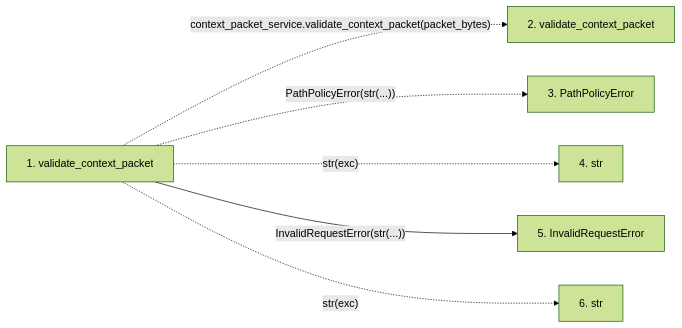
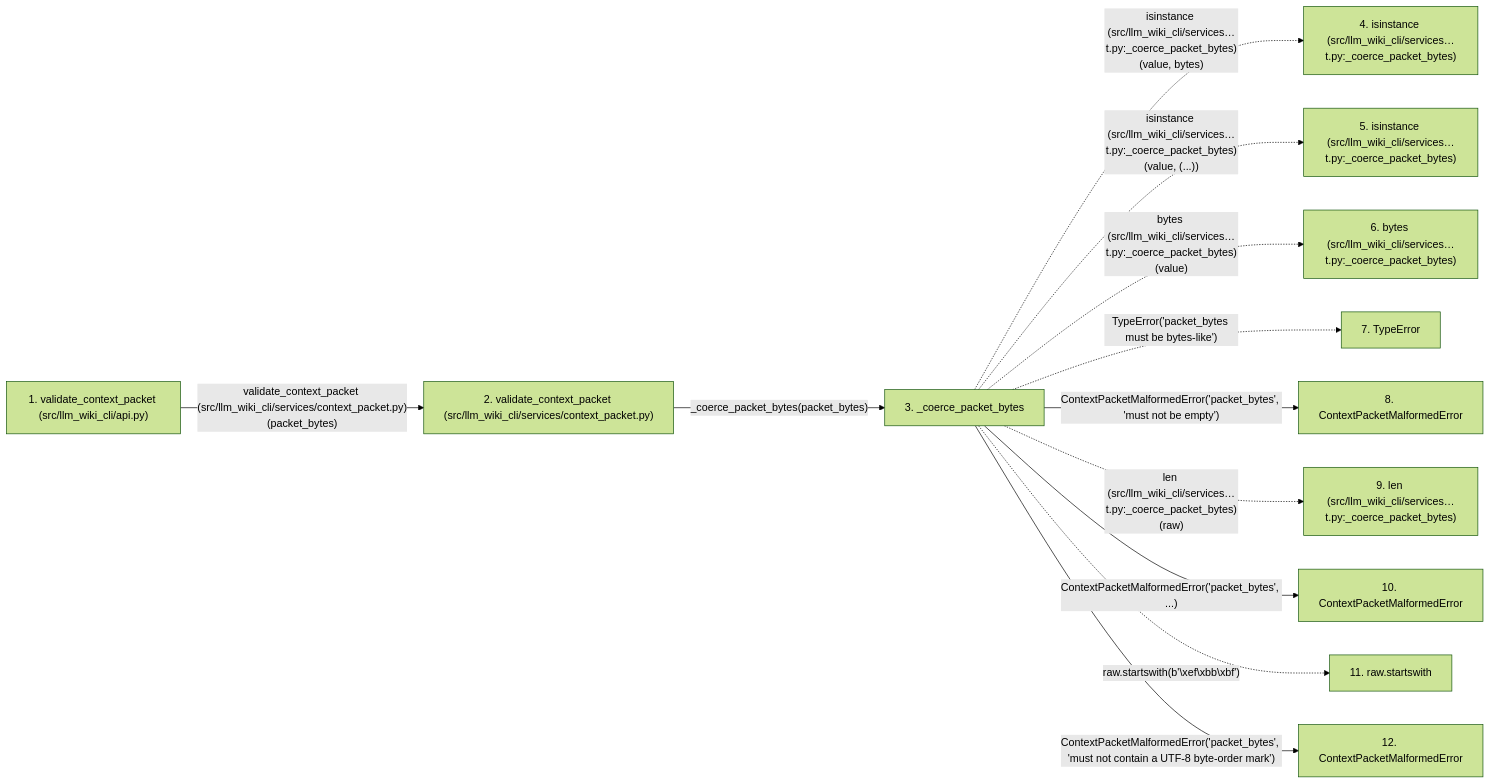
One commit to Denissvgn/python-wiki-llm changed the second of 2 diagrams in docs/llm_wiki/flows/api-validate_context_packet-api.md. Above: the diagram before and after it, drawn with Mermaid (forest theme). The commit also changed other lines of this file and 719 other files, not shown here.

````diff
--- a/docs/llm_wiki/flows/api-validate_context_packet-api.md
+++ b/docs/llm_wiki/flows/api-validate_context_packet-api.md
@@ -26,16 +72,32 @@
 ```mermaid
 flowchart LR
-    s1["1. validate_context_packet"]
-    s2["2. validate_context_packet"]
-    s3["3. PathPolicyError"]
-    s4["4. str"]
-    s5["5. InvalidRequestError"]
-    s6["6. str"]
-    s1 -. "context_packet_service.validate_context_packet(packet_bytes)" .-> s2
-    s1 -. "PathPolicyError(str(...))" .-> s3
-    s1 -. "str(exc)" .-> s4
-    s1 -->|"InvalidRequestError(str(...))"| s5
-    s1 -. "str(exc)" .-> s6
+    s1["1. validate_context_packet (src/llm_wiki_cli/api.py)"]
+    s2["2. validate_context_packet (src/llm_wiki_cli/services/context_packet.py)"]
+    s3["3. _coerce_packet_bytes"]
+    s4["4. isinstance (src/llm_wiki_cli/services…t.py:_coerce_packet_bytes)"]
+    s5["5. isinstance (src/llm_wiki_cli/services…t.py:_coerce_packet_bytes)"]
+    s6["6. bytes (src/llm_wiki_cli/services…t.py:_coerce_packet_bytes)"]
+    s7["7. TypeError"]
+    s8["8. ContextPacketMalformedError"]
+    s9["9. len (src/llm_wiki_cli/services…t.py:_coerce_packet_bytes)"]
+    s10["10. ContextPacketMalformedError"]
+    s11["11. raw.startswith"]
+    s12["12. ContextPacketMalformedError"]
+    s1 -->|"validate_context_packet (src/llm_wiki_cli/services/context_packet.py)(packet_bytes)"| s2
+    s2 -->|"_coerce_packet_bytes(packet_bytes)"| s3
+    s3 -. "isinstance (src/llm_wiki_cli/services…t.py:_coerce_packet_bytes)(value, bytes)" .-> s4
+    s3 -. "isinstance (src/llm_wiki_cli/services…t.py:_coerce_packet_bytes)(value, (...))" .-> s5
+    s3 -. "bytes (src/llm_wiki_cli/services…t.py:_coerce_packet_bytes)(value)" .-> s6
+    s3 -. "TypeError('packet_bytes must be bytes-like')" .-> s7
+    s3 -->|"ContextPacketMalformedError('packet_bytes', 'must not be empty')"| s8
+    s3 -. "len (src/llm_wiki_cli/services…t.py:_coerce_packet_bytes)(raw)" .-> s9
+    s3 -->|"ContextPacketMalformedError('packet_bytes', ...)"| s10
+    s3 -. "raw.startswith(b'\xef\xbb\xbf')" .-> s11
+    s3 -->|"ContextPacketMalformedError('packet_bytes', 'must not contain a UTF-8 byte-order mark')"| s12
     click s1 "../modules/api.md"
-    click s5 "../modules/api.md"
+    click s2 "../modules/context_packet.md"
+    click s3 "../modules/context_packet.md"
+    click s8 "../modules/context_packet.md"
+    click s10 "../modules/context_packet.md"
+    click s12 "../modules/context_packet.md"
 ```
````
